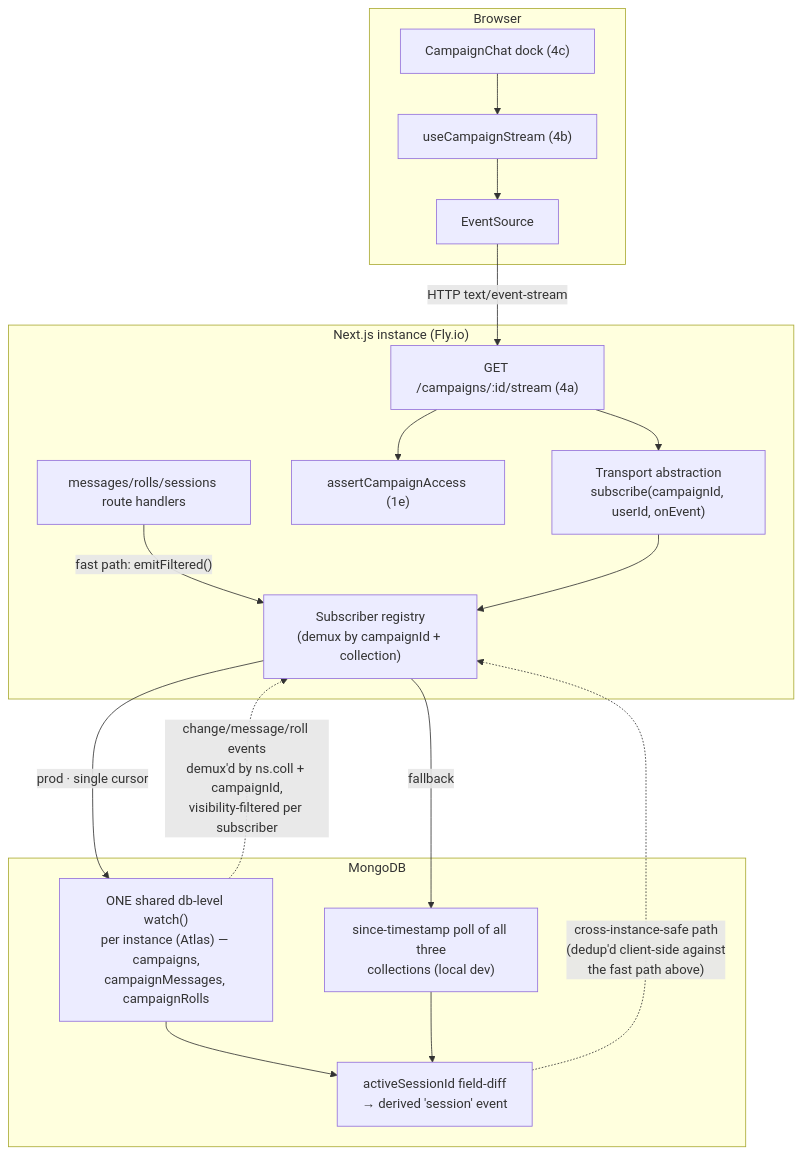
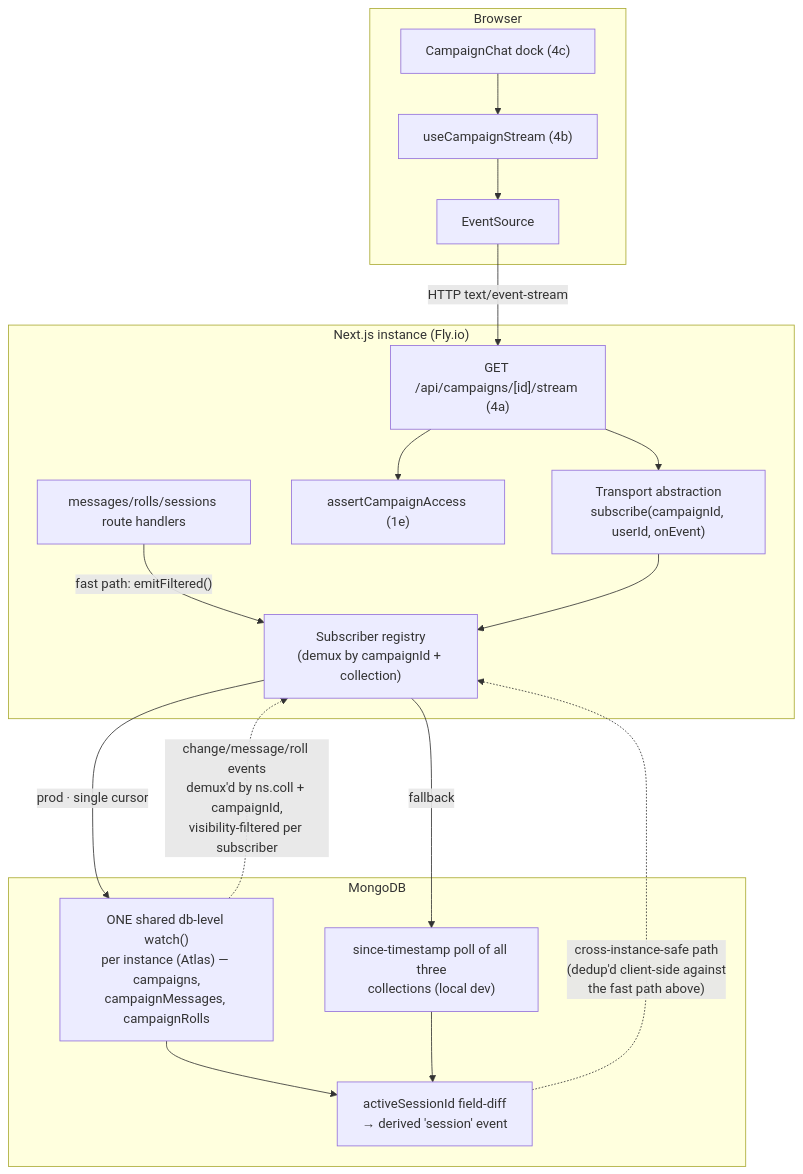
The first of 2 diagrams in docs/multi-user-campaigns/04-realtime-transport.md (dougis-org/session-combat), drawn with Mermaid before and after one commit. The commit also changed 1 other file, not shown here.

Commit message:
docs: fix broken spec path and endpoint path references (PR review round 6)
From GitHub Copilot's re-review:
- design.md's "Acceptance criteria reference" links pointed to
  specs/cross-instance-transport/spec.md, which doesn't exist — the
  actual spec lives at specs/transport/spec.md within this change's
  folder.
- docs/multi-user-campaigns/04-realtime-transport.md's component
  layout diagram labeled the SSE endpoint as GET /campaigns/:id/stream;
  the actual route is GET /api/campaigns/[id]/stream, as referenced
  correctly elsewhere in the same doc and by the route file itself.

````diff
--- a/docs/multi-user-campaigns/04-realtime-transport.md
+++ b/docs/multi-user-campaigns/04-realtime-transport.md
@@ -33,32 +33,32 @@
 ```mermaid
 flowchart TB
     subgraph Browser
         Dock["CampaignChat dock (4c)"]
         Hook["useCampaignStream (4b)"]
         ES["EventSource"]
         Dock --> Hook --> ES
     end
     subgraph Server["Next.js instance (Fly.io)"]
         ROUTE["messages/rolls/sessions route handlers"]
-        SSE["GET /campaigns/:id/stream (4a)"]
+        SSE["GET /api/campaigns/[id]/stream (4a)"]
         AUTH["assertCampaignAccess (1e)"]
         REG["Subscriber registry<br/>(demux by campaignId + collection)"]
         TA["Transport abstraction<br/>subscribe(campaignId, userId, onEvent)"]
         ROUTE -->|"fast path: emitFiltered()"| REG
         SSE --> AUTH
         SSE --> TA
         TA --> REG
     end
     subgraph Mongo["MongoDB"]
         CS["ONE shared db-level watch()<br/>per instance (Atlas) — campaigns,<br/>campaignMessages, campaignRolls"]
         POLL["since-timestamp poll of all three<br/>collections (local dev)"]
         SESS["activeSessionId field-diff<br/>→ derived 'session' event"]
     end
     ES -- "HTTP text/event-stream" --> SSE
     REG -->|prod · single cursor| CS
     REG -->|fallback| POLL
     CS -. "change/message/roll events<br/>demux'd by ns.coll + campaignId,<br/>visibility-filtered per subscriber" .-> REG
     CS --> SESS
     POLL --> SESS
     SESS -. "cross-instance-safe path<br/>(dedup'd client-side against<br/>the fast path above)" .-> REG
 ```
````
